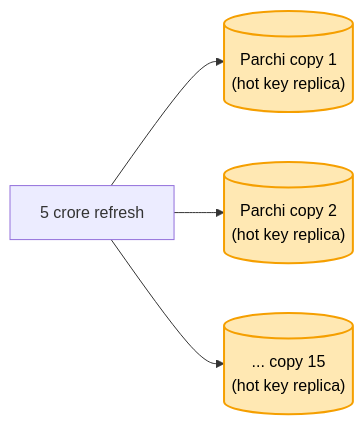
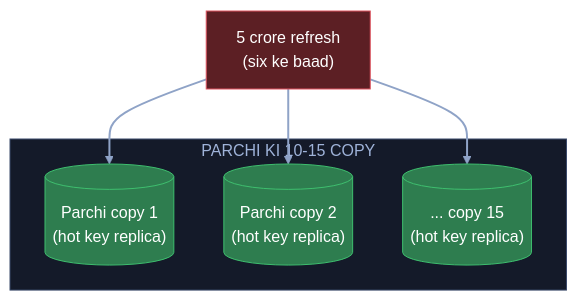
Before and after one commit to ArpanMaheshwari144/Prep: the fifth of 15 diagrams in 04_HLD/SYSTEM_DESIGNS/03_twitter_feed/03_twitter_feed.md, drawn with Mermaid. The commit also changed other lines of this file, not shown here.

Commit message:
Twitter: 15 diagram YouTube (reel) wale card andaaz me

````diff
--- a/04_HLD/SYSTEM_DESIGNS/03_twitter_feed/03_twitter_feed.md
+++ b/04_HLD/SYSTEM_DESIGNS/03_twitter_feed/03_twitter_feed.md
@@ -125,9 +176,18 @@
 ```mermaid
-flowchart LR
-    U["5 crore refresh"] --> C1[("Parchi copy 1<br/>(hot key replica)")]
-    U --> C2[("Parchi copy 2<br/>(hot key replica)")]
-    U --> CN[("... copy 15<br/>(hot key replica)")]
-    style C1 fill:#ffe8b3,stroke:#f59f00,stroke-width:2px,color:#000
-    style C2 fill:#ffe8b3,stroke:#f59f00,stroke-width:2px,color:#000
-    style CN fill:#ffe8b3,stroke:#f59f00,stroke-width:2px,color:#000
+flowchart TB
+    U["5 crore refresh<br/>(six ke baad)"]:::bad
+    subgraph CP["PARCHI KI 10-15 COPY"]
+        C1[("Parchi copy 1<br/>(hot key replica)")]:::good
+        C2[("Parchi copy 2<br/>(hot key replica)")]:::good
+        CN[("... copy 15<br/>(hot key replica)")]:::good
+    end
+    U --> C1
+    U --> C2
+    U --> CN
+    linkStyle default stroke:#8fa3c7,stroke-width:2px
+    classDef card fill:#1e2638,stroke:#3a4a6b,color:#e8ecf5
+    classDef pill fill:#f5c542,stroke:#f5c542,color:#000
+    classDef good fill:#2e7d4f,stroke:#3fbf6f,color:#fff
+    classDef bad fill:#5c1f24,stroke:#e05561,color:#fff
+    style CP fill:#141a29,stroke:#3a4a6b,color:#9fb3d9
 ```
````
